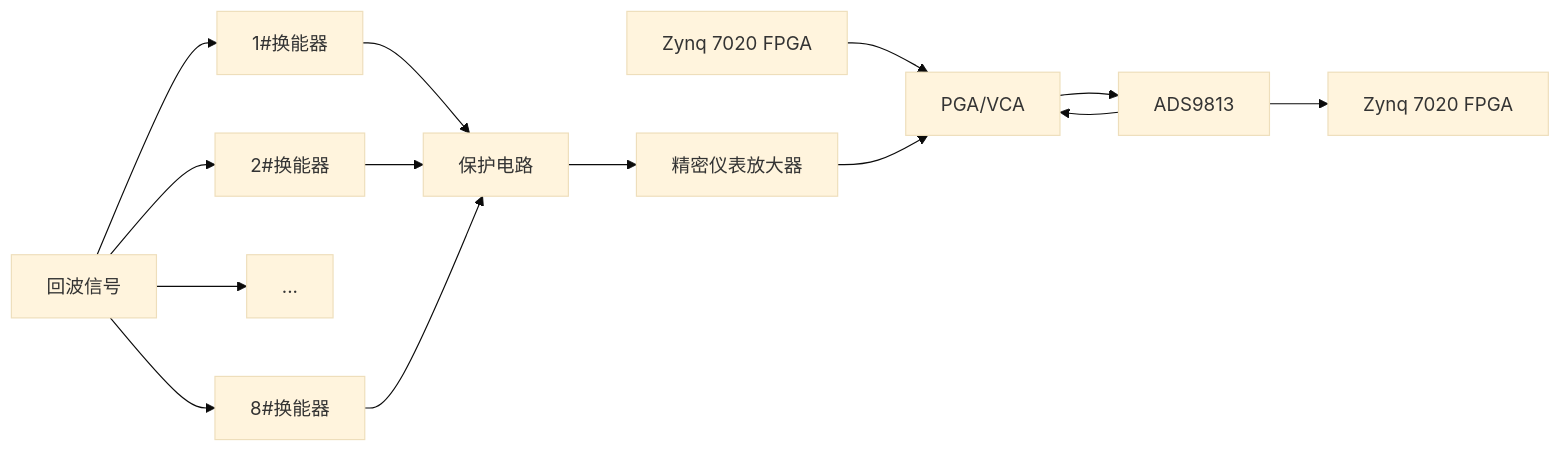
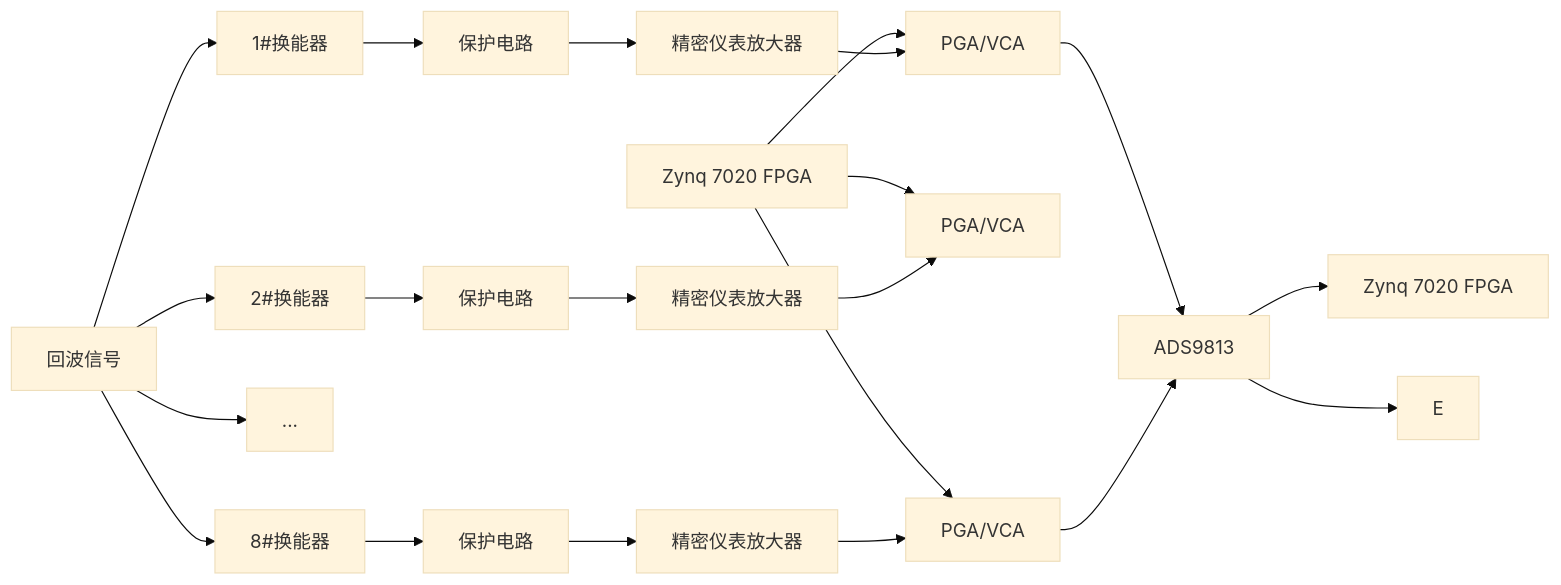
One commit to Rukawa15/iodraw-files changed the diagram in all/多通道同步采集-1.md. Above: the diagram before and after it, drawn with Mermaid (base theme).

Commit message:
2025-06-19 14:12:26 update

````diff
--- a/all/多通道同步采集-1.md
+++ b/all/多通道同步采集-1.md
@@ -1,18 +1,25 @@
 ```mermaid
 graph LR
 A[回波信号]
 A --> B1[1#换能器]
 A --> B2[2#换能器]
 A --> ...
 A --> B8[8#换能器]
 B1 --> C1[保护电路]
-B2 --> C1[保护电路]
-B8 --> C1[保护电路]
-H[Zynq 7020 FPGA] --> E
-C1 --> D[精密仪表放大器] 
-D --> E[PGA/VCA] 
-E --> F[ADS9813] 
+B2 --> C2[保护电路]
+B8 --> C8[保护电路]
+H[Zynq 7020 FPGA] --> E1
+H[Zynq 7020 FPGA] --> E2
+H[Zynq 7020 FPGA] --> E8
+C1 --> D1[精密仪表放大器]
+C2 --> D2[精密仪表放大器] 
+C8 --> D8[精密仪表放大器] 
+D1 --> E1[PGA/VCA]
+D2 --> E2[PGA/VCA] 
+D8 --> E8[PGA/VCA] 
+E1 --> F[ADS9813]
+E8 --> F[ADS9813] 
 F --> G[Zynq 7020 FPGA]
 F --> E
 
 ```
````
